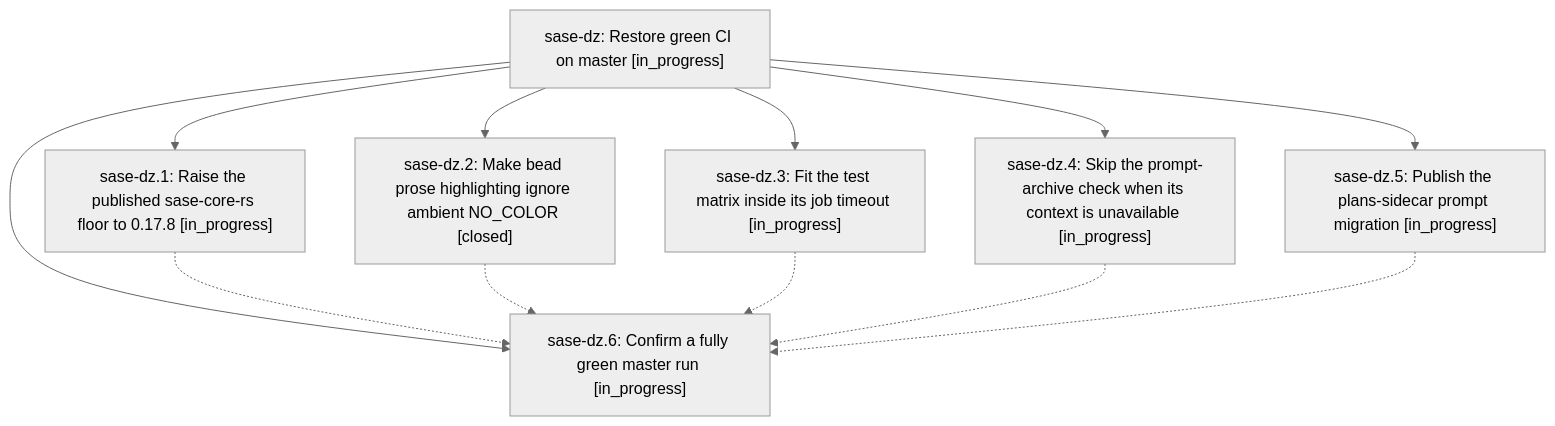
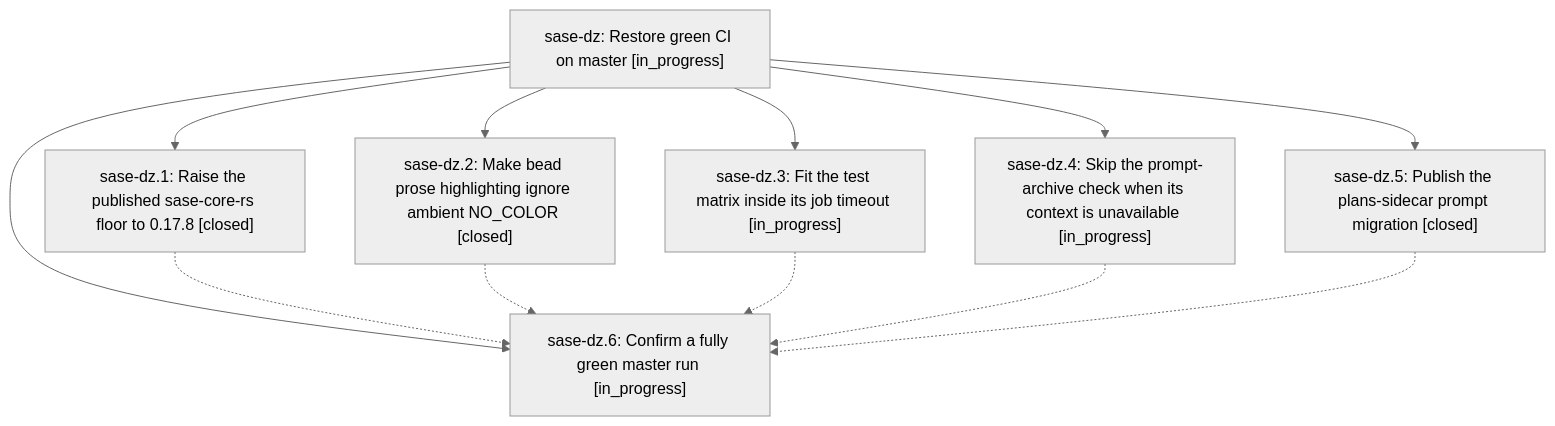
The diagram in pages/sase-dz/README.md (sase-org/sase--beads), drawn with Mermaid (neutral theme) before and after one commit. The commit also changed other lines of this file and 4 other files, not shown here.

````diff
--- a/pages/sase-dz/README.md
+++ b/pages/sase-dz/README.md
@@ -27,21 +27,21 @@
 ```mermaid
 flowchart TD
     n0["sase-dz: Restore green CI on master [in_progress]"]
-    n1["sase-dz.1: Raise the published sase-core-rs floor to 0.17.8 [in_progress]"]
+    n1["sase-dz.1: Raise the published sase-core-rs floor to 0.17.8 [closed]"]
     n2["sase-dz.2: Make bead prose highlighting ignore ambient NO_COLOR [closed]"]
     n3["sase-dz.3: Fit the test matrix inside its job timeout [in_progress]"]
     n4["sase-dz.4: Skip the prompt-archive check when its context is unavailable [in_progress]"]
-    n5["sase-dz.5: Publish the plans-sidecar prompt migration [in_progress]"]
+    n5["sase-dz.5: Publish the plans-sidecar prompt migration [closed]"]
     n6["sase-dz.6: Confirm a fully green master run [in_progress]"]
     n0 --> n1
     n0 --> n2
     n0 --> n3
     n0 --> n4
     n0 --> n5
     n0 --> n6
     n1 -.-> n6
     n2 -.-> n6
     n3 -.-> n6
     n4 -.-> n6
     n5 -.-> n6
 ```
````
